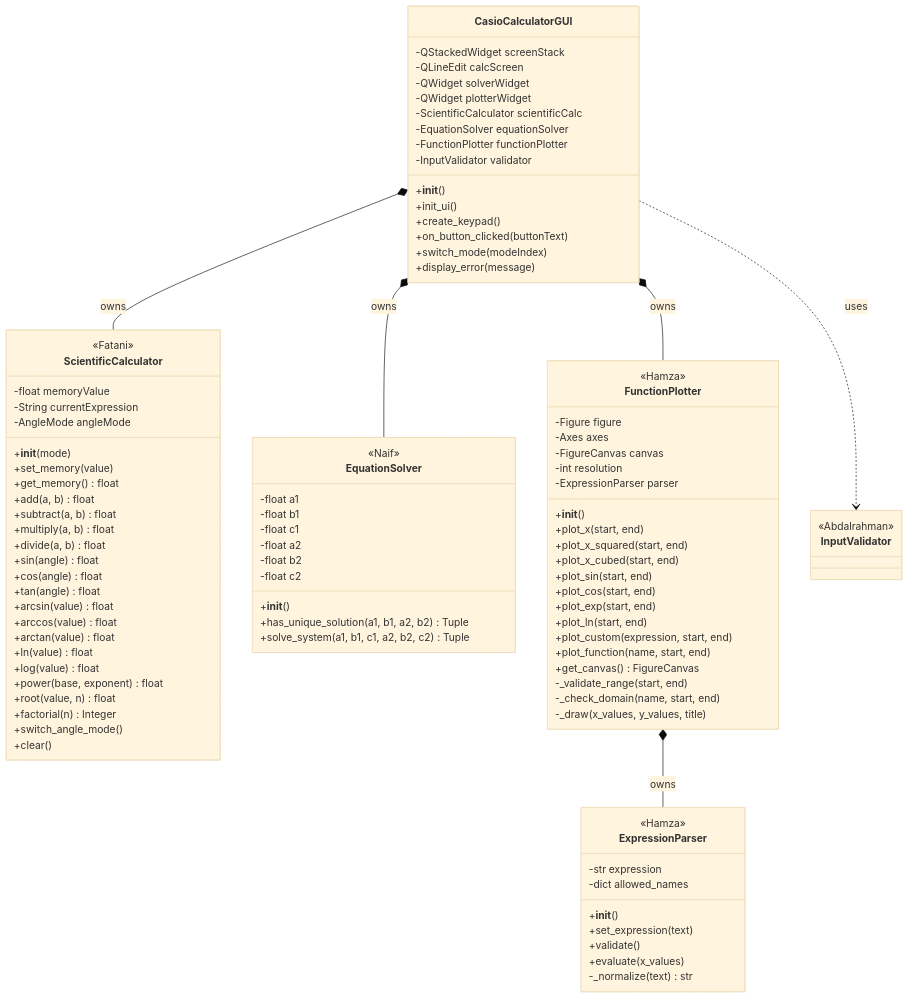
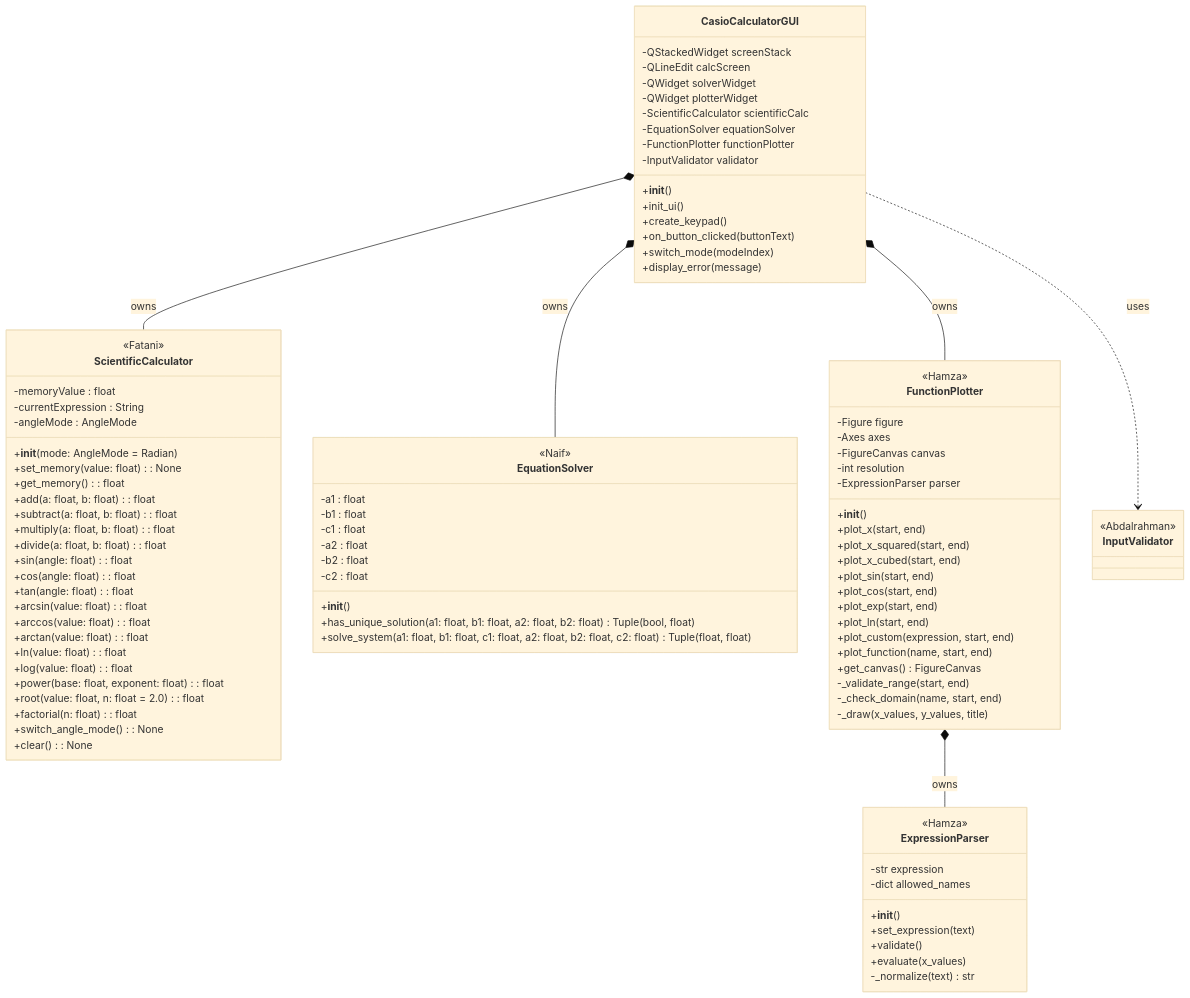
Before and after one commit to KAU-EE202-Projects/Scientific-Calculator: the diagram in docs/UML_v1.md, drawn with Mermaid (base theme).

Commit message:
Refactor UML for ScientificCalculator and EquationSolver
Updated UML class definitions with type annotations and method signatures.

```diff
--- a/docs/UML_v1.md
+++ b/docs/UML_v1.md
@@ -26,42 +26,42 @@
 
 class ScientificCalculator {
     <<Fatani>>
-    -float memoryValue
-    -String currentExpression
-    -AngleMode angleMode
-    +__init__(mode)
-    +set_memory(value)
-    +get_memory() float
-    +add(a, b) float
-    +subtract(a, b) float
-    +multiply(a, b) float
-    +divide(a, b) float
-    +sin(angle) float
-    +cos(angle) float
-    +tan(angle) float
-    +arcsin(value) float
-    +arccos(value) float
-    +arctan(value) float
-    +ln(value) float
-    +log(value) float
-    +power(base, exponent) float
-    +root(value, n) float
-    +factorial(n) Integer
-    +switch_angle_mode()
-    +clear()
+    -memoryValue : float
+    -currentExpression : String
+    -angleMode : AngleMode
+    +__init__(mode: AngleMode = Radian)
+    +set_memory(value: float) : None
+    +get_memory() : float
+    +add(a: float, b: float) : float
+    +subtract(a: float, b: float) : float
+    +multiply(a: float, b: float) : float
+    +divide(a: float, b: float) : float
+    +sin(angle: float) : float
+    +cos(angle: float) : float
+    +tan(angle: float) : float
+    +arcsin(value: float) : float
+    +arccos(value: float) : float
+    +arctan(value: float) : float
+    +ln(value: float) : float
+    +log(value: float) : float
+    +power(base: float, exponent: float) : float
+    +root(value: float, n: float = 2.0) : float
+    +factorial(n: float) : float
+    +switch_angle_mode() : None
+    +clear() : None
 }
 
 class EquationSolver {
     <<Naif>>
-    -float a1
-    -float b1
-    -float c1
-    -float a2
-    -float b2
-    -float c2
+    -a1 : float
+    -b1 : float
+    -c1 : float
+    -a2 : float
+    -b2 : float
+    -c2 : float
     +__init__()
-    +has_unique_solution(a1, b1, a2, b2) Tuple
-    +solve_system(a1, b1, c1, a2, b2, c2) Tuple
+    +has_unique_solution(a1: float, b1: float, a2: float, b2: float) : Tuple(bool, float)
+    +solve_system(a1: float, b1: float, c1: float, a2: float, b2: float, c2: float) : Tuple(float, float)
 }
 
 class FunctionPlotter {
```
